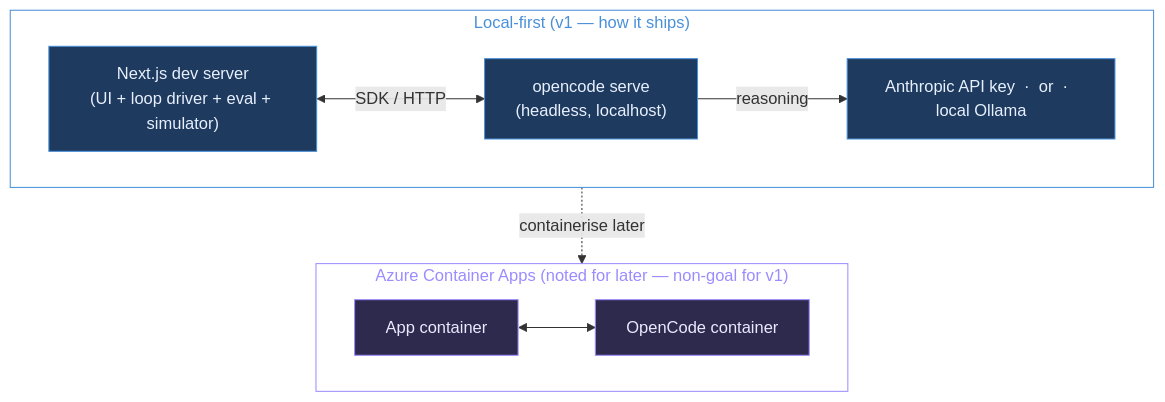
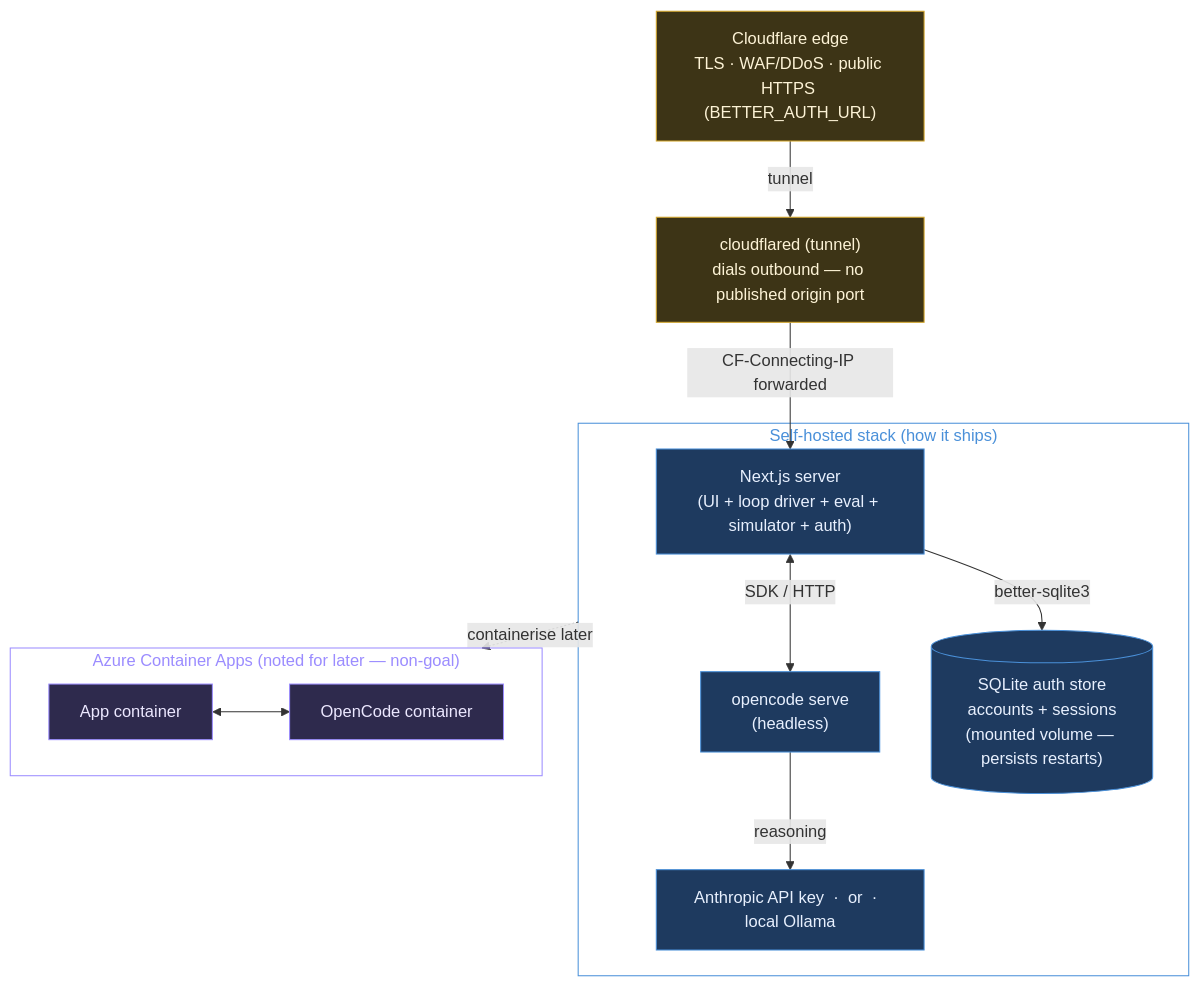
One commit to devdaviddr/patient-flow-agent changed the fifth of 5 diagrams in docs/Architecture.md. Above: the diagram before and after it, drawn with Mermaid. The commit also changed other lines of this file and 52 other files, not shown here.

First line of the commit message:
feat(auth): real self-hosted auth + attributed approvals (0.4.0)

````diff
--- a/docs/Architecture.md
+++ b/docs/Architecture.md
@@ -298,25 +302,34 @@
 ```mermaid
 flowchart TB
-    subgraph LOCAL["Local-first (v1 — how it ships)"]
-        N1["Next.js dev server<br/>(UI + loop driver + eval + simulator)"]
-        O1["opencode serve<br/>(headless, localhost)"]
+    EDGE["Cloudflare edge<br/>TLS · WAF/DDoS · public HTTPS (BETTER_AUTH_URL)"]
+    CFD["cloudflared (tunnel)<br/>dials outbound — no published origin port"]
+
+    subgraph LOCAL["Self-hosted stack (how it ships)"]
+        N1["Next.js server<br/>(UI + loop driver + eval + simulator + auth)"]
+        O1["opencode serve<br/>(headless)"]
         M1["Anthropic API key  ·  or  ·  local Ollama"]
+        DB1[("SQLite auth store<br/>accounts + sessions<br/>(mounted volume — persists restarts)")]
         N1 <-->|"SDK / HTTP"| O1
         O1 -->|"reasoning"| M1
+        N1 -->|"better-sqlite3"| DB1
     end
 
-    subgraph CLOUD["Azure Container Apps (noted for later — non-goal for v1)"]
+    subgraph CLOUD["Azure Container Apps (noted for later — non-goal)"]
         N2["App container"]
         O2["OpenCode container"]
         N2 <--> O2
     end
 
+    EDGE -->|"tunnel"| CFD
+    CFD -->|"CF-Connecting-IP forwarded"| N1
     LOCAL -.->|"containerise later"| CLOUD
 
     classDef l fill:#1e3a5f,stroke:#4a90d9,color:#e8f0fe;
     classDef c fill:#2e2a4d,stroke:#9b8cff,color:#ece8ff;
-    class N1,O1,M1 l;
+    classDef e fill:#3d3416,stroke:#d4a72c,color:#fdf3d6;
+    class N1,O1,M1,DB1 l;
     class N2,O2 c;
+    class EDGE,CFD e;
     style LOCAL fill:transparent,stroke:#4a90d9,color:#4a90d9;
     style CLOUD fill:transparent,stroke:#9b8cff,color:#9b8cff;
 ```
````
